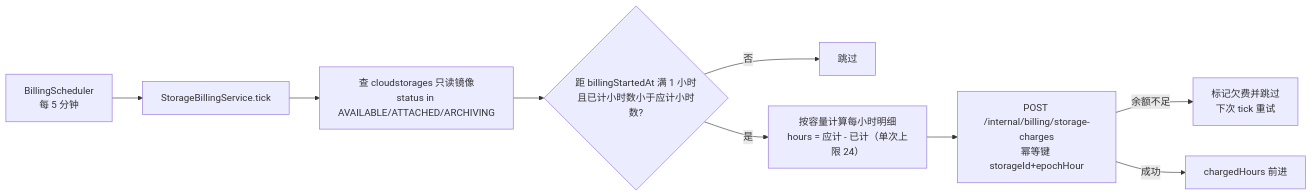
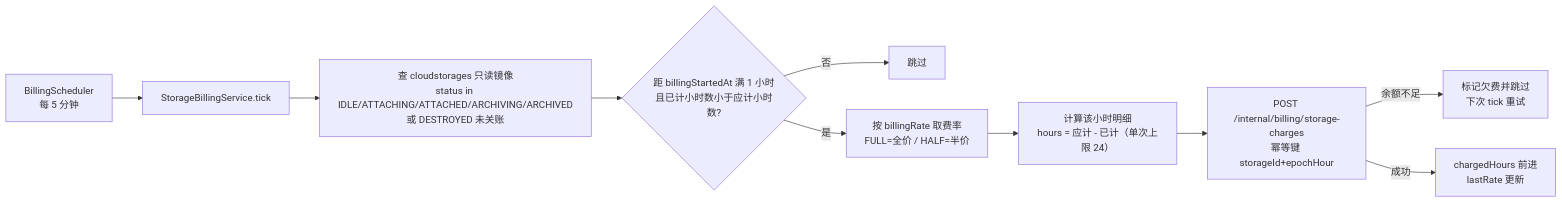
The sixth of 7 diagrams in docs/engineering/proposals/20261102-feat-cloud-storage.md (Deliay/z-agent-gear), drawn with Mermaid before and after one commit. The commit also changed other lines of this file and 3 other files, not shown here.

````diff
--- a/docs/engineering/proposals/20261102-feat-cloud-storage.md
+++ b/docs/engineering/proposals/20261102-feat-cloud-storage.md
@@ -679,11 +745,12 @@
 ```mermaid
 flowchart LR
     T[BillingScheduler<br/>每 5 分钟] --> S[StorageBillingService.tick]
-    S --> Q[查 cloudstorages 只读镜像<br/>status in AVAILABLE/ATTACHED/ARCHIVING]
+    S --> Q[查 cloudstorages 只读镜像<br/>status in IDLE/ATTACHING/ATTACHED/ARCHIVING/ARCHIVED<br/>或 DESTROYED 未关账]
     Q --> H{距 billingStartedAt 满 1 小时<br/>且已计小时数小于应计小时数?}
     H -->|否| E[跳过]
-    H -->|是| C[按容量计算每小时明细<br/>hours = 应计 - 已计（单次上限 24）]
+    H -->|是| R[按 billingRate 取费率<br/>FULL=全价 / HALF=半价]
+    R --> C[计算该小时明细<br/>hours = 应计 - 已计（单次上限 24）]
     C --> P[POST /internal/billing/storage-charges<br/>幂等键 storageId+epochHour]
     P -->|余额不足| I[标记欠费并跳过<br/>下次 tick 重试]
-    P -->|成功| U[chargedHours 前进]
+    P -->|成功| U[chargedHours 前进<br/>lastRate 更新]
 ```
````
